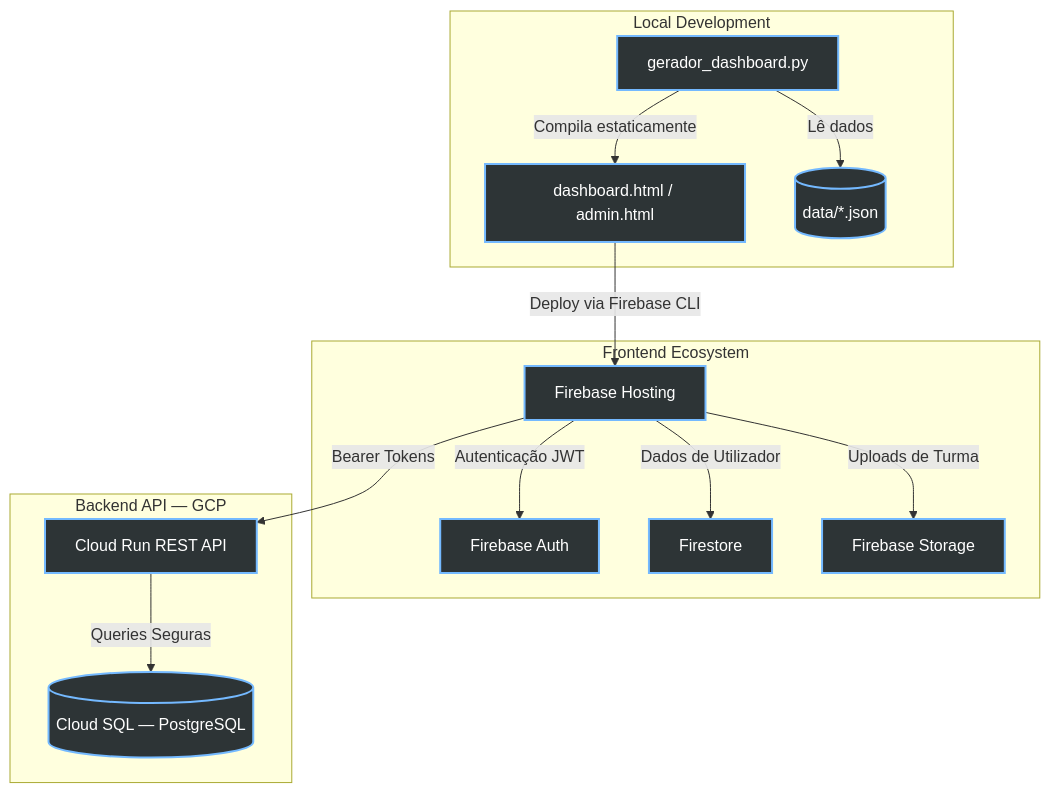
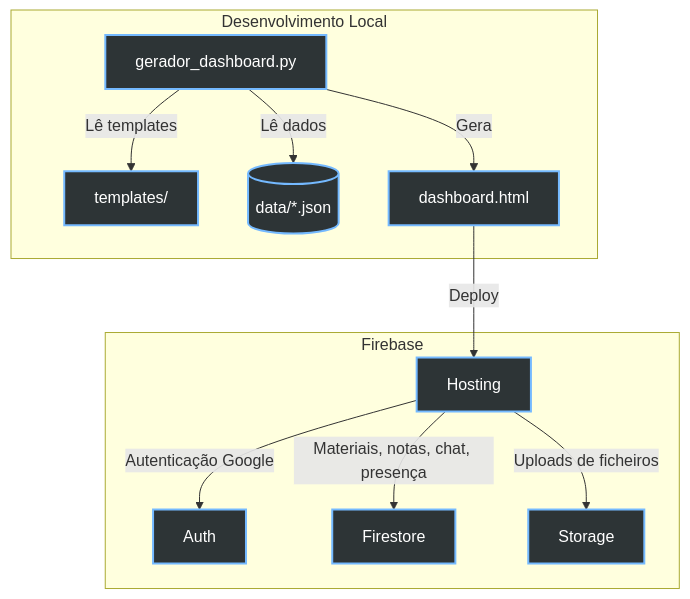
One commit to DrNOFX97/IEFP_Hackers changed the diagram in README.md. Above: the diagram before and after it, drawn with Mermaid. The commit also changed other lines of this file, not shown here.

````diff
--- a/README.md
+++ b/README.md
@@ -39,22 +36,18 @@
 ```mermaid
 graph TD;
-    subgraph LocalDev["Local Development"]
-    G[gerador_dashboard.py] -->|Compila estaticamente| D[dashboard.html / admin.html]
+    subgraph LocalDev["Desenvolvimento Local"]
+    G[gerador_dashboard.py] -->|Lê templates| T[templates/]
     G -->|Lê dados| JSON[(data/*.json)]
+    G -->|Gera| D[dashboard.html]
     end
 
-    subgraph FrontendEco["Frontend Ecosystem"]
-    D -->|Deploy via Firebase CLI| H[Firebase Hosting]
-    H -->|Autenticação JWT| FA[Firebase Auth]
-    H -->|Dados de Utilizador| FS[Firestore]
-    H -->|Uploads de Turma| ST[Firebase Storage]
-    end
-
-    subgraph BackendGCP["Backend API — GCP"]
-    H -->|Bearer Tokens| CR[Cloud Run REST API]
-    CR -->|Queries Seguras| CSQL[(Cloud SQL — PostgreSQL)]
+    subgraph Firebase["Firebase"]
+    D -->|Deploy| H[Hosting]
+    H -->|Autenticação Google| FA[Auth]
+    H -->|Materiais, notas, chat, presença| FS[Firestore]
+    H -->|Uploads de ficheiros| ST[Storage]
     end
 
     classDef comp fill:#2d3436,stroke:#74b9ff,stroke-width:2px,color:#fff;
-    class G,D,JSON,H,FA,FS,ST,CR,CSQL comp;
+    class G,D,T,JSON,H,FA,FS,ST comp;
 ```
````
